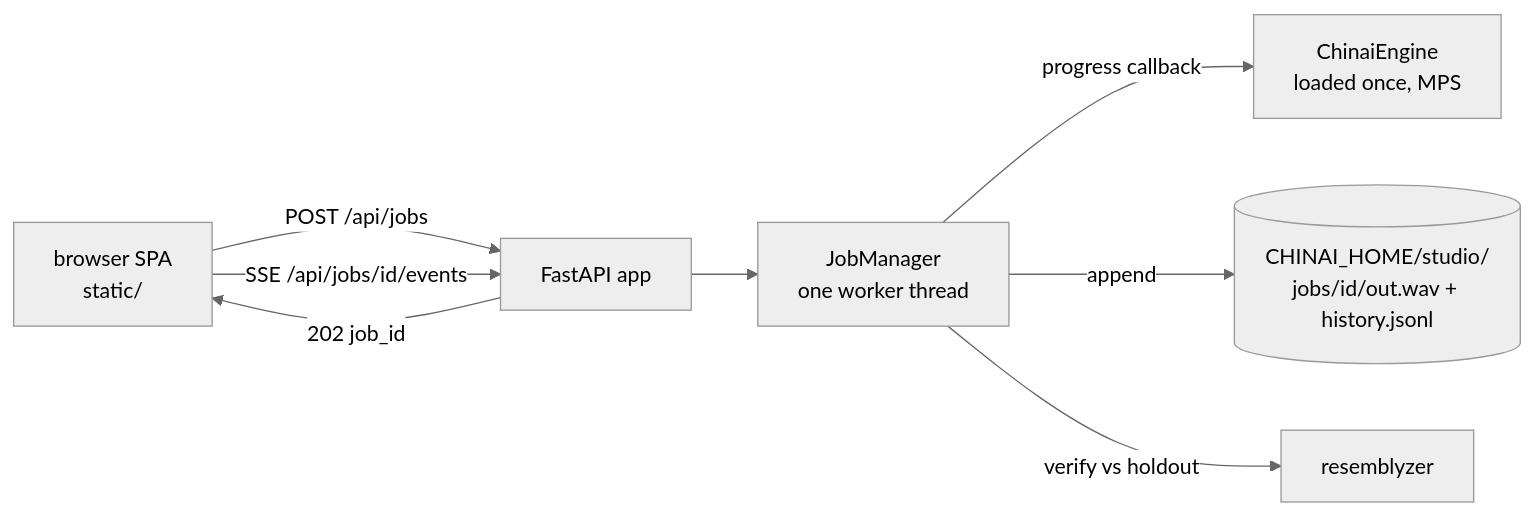
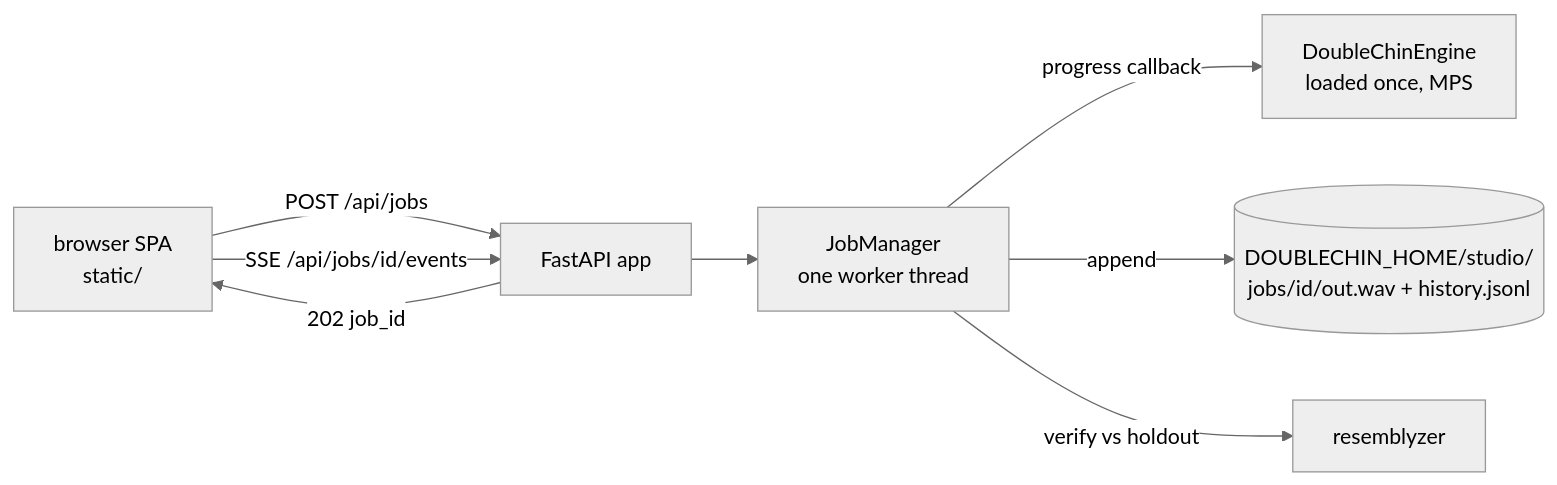
The second of 2 diagrams in docs/design.md (MattModeCode/double-chin), drawn with Mermaid (neutral theme) before and after one commit. The commit also changed other lines of this file and 114 other files, not shown here.

First line of the commit message:
rebrand: ChinAI -> Double Chin, retire old voice, rebuild public README

````diff
--- a/docs/design.md
+++ b/docs/design.md
@@ -233,10 +233,10 @@
 ```mermaid
 flowchart LR
     B[browser SPA<br/>static/] -- "POST /api/jobs" --> A[FastAPI app]
     A -- 202 job_id --> B
     A --> M[JobManager<br/>one worker thread]
-    M -- progress callback --> E[ChinaiEngine<br/>loaded once, MPS]
-    M -- append --> H[(CHINAI_HOME/studio/<br/>jobs/id/out.wav + history.jsonl)]
+    M -- progress callback --> E[DoubleChinEngine<br/>loaded once, MPS]
+    M -- append --> H[(DOUBLECHIN_HOME/studio/<br/>jobs/id/out.wav + history.jsonl)]
     B -- "SSE /api/jobs/id/events" --> A
     M -- verify vs holdout --> V[resemblyzer]
 ```
````
